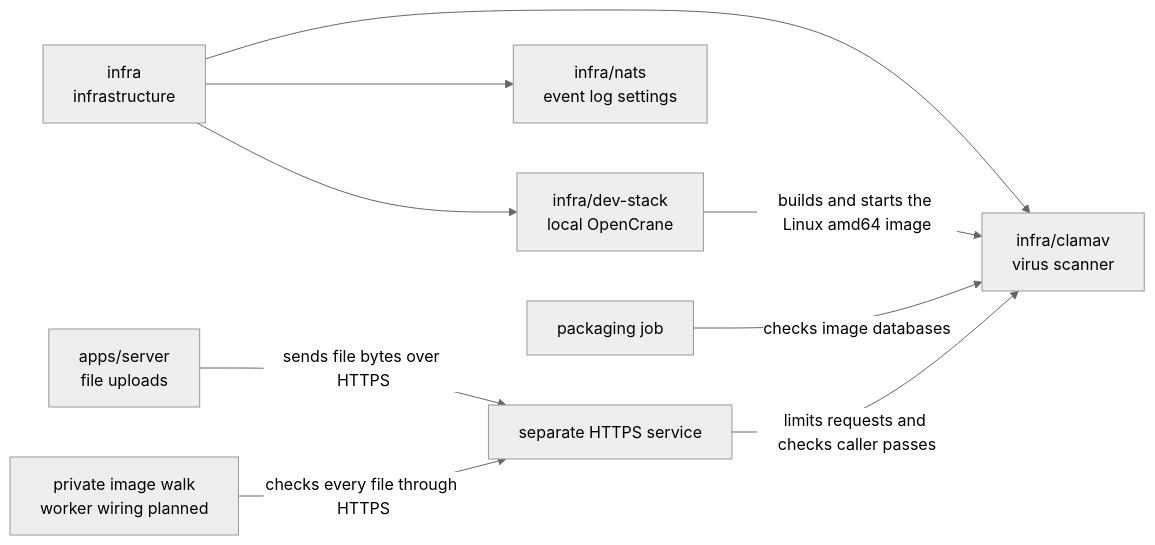
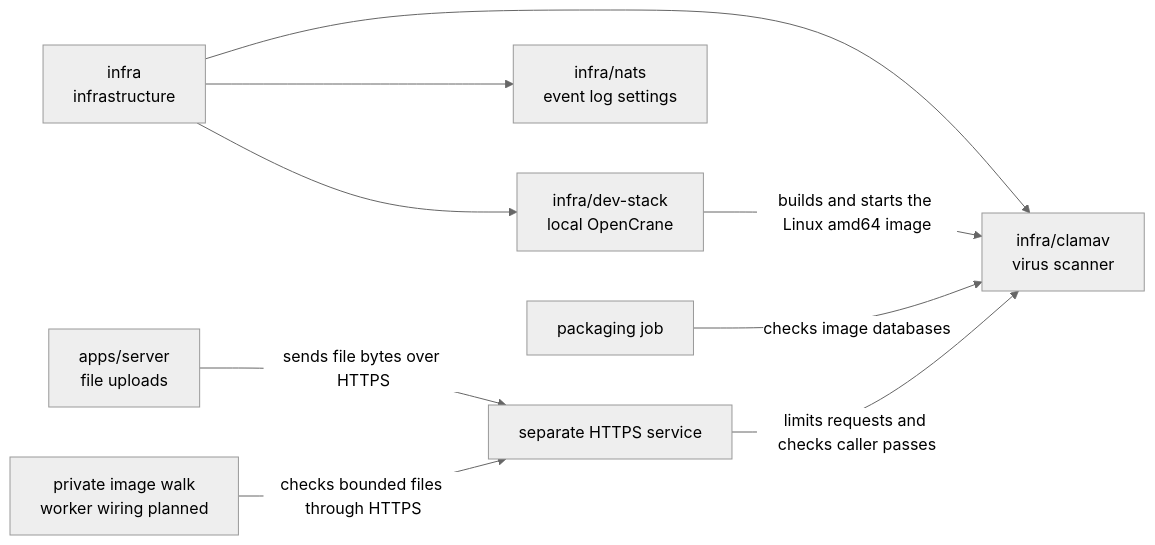
One commit to elewa-git/opencrane-new changed the diagram in infra/clamav/README.md. Above: the diagram before and after it, drawn with Mermaid (neutral theme). The commit also changed other lines of this file and 4 other files, not shown here.

````diff
--- a/infra/clamav/README.md
+++ b/infra/clamav/README.md
@@ -17,11 +17,11 @@
 ```mermaid
 flowchart LR
   infra["infra<br/>infrastructure"] --> clamav["infra/clamav<br/>virus scanner"]
   infra --> stack["infra/dev-stack<br/>local OpenCrane"]
   infra --> nats["infra/nats<br/>event log settings"]
   stack -->|builds and starts the Linux amd64 image| clamav
   server["apps/server<br/>file uploads"] -->|sends file bytes over HTTPS| launcher
-  worker["private image walk<br/>worker wiring planned"] -->|checks every file through HTTPS| launcher
+  worker["private image walk<br/>worker wiring planned"] -->|checks bounded files through HTTPS| launcher
   packaging["packaging job"] -->|checks image databases| clamav
   launcher["separate HTTPS service"] -->|limits requests and checks caller passes| clamav
 ```
````
